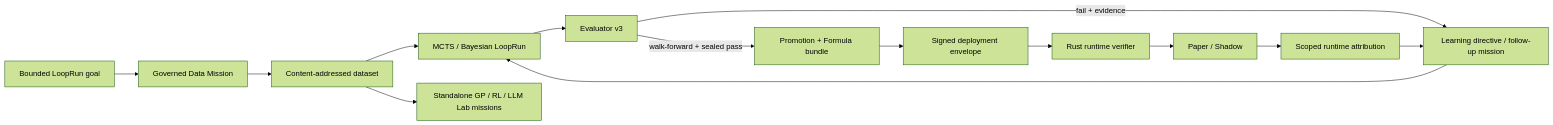
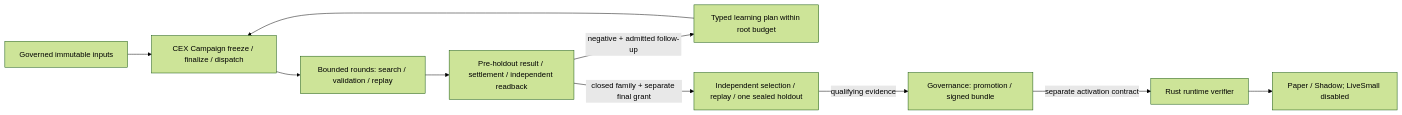
The diagram in README.md (proerror77/monday), drawn with Mermaid (forest theme) before and after one commit. The commit also changed other lines of this file and 9 other files, not shown here.

````diff
--- a/README.md
+++ b/README.md
@@ -46,16 +63,12 @@
 ```mermaid
 flowchart LR
-    G["Bounded LoopRun goal"] --> D["Governed Data Mission"]
-    D --> C["Content-addressed dataset"]
-    C --> S["MCTS / Bayesian LoopRun"]
-    C --> Q["Standalone GP / RL / LLM Lab missions"]
-    S --> E["Evaluator v3"]
-    E -->|"fail + evidence"| L["Learning directive / follow-up mission"]
-    L --> S
-    E -->|"walk-forward + sealed pass"| P["Promotion + Formula bundle"]
-    P --> H["Signed deployment envelope"]
-    H --> R["Rust runtime verifier"]
-    R --> X["Paper / Shadow"]
-    X --> A["Scoped runtime attribution"]
-    A --> L
+    D["Governed immutable inputs"] --> C["CEX Campaign freeze / finalize / dispatch"]
+    C --> S["Bounded rounds: search / validation / replay"]
+    S --> E["Pre-holdout result / settlement / independent readback"]
+    E -->|"negative + admitted follow-up"| L["Typed learning plan within root budget"]
+    L --> C
+    E -->|"closed family + separate final grant"| F["Independent selection / replay / one sealed holdout"]
+    F -->|"qualifying evidence"| P["Governance: promotion / signed bundle"]
+    P -->|"separate activation contract"| R["Rust runtime verifier"]
+    R --> X["Paper / Shadow; LiveSmall disabled"]
 ```
````
